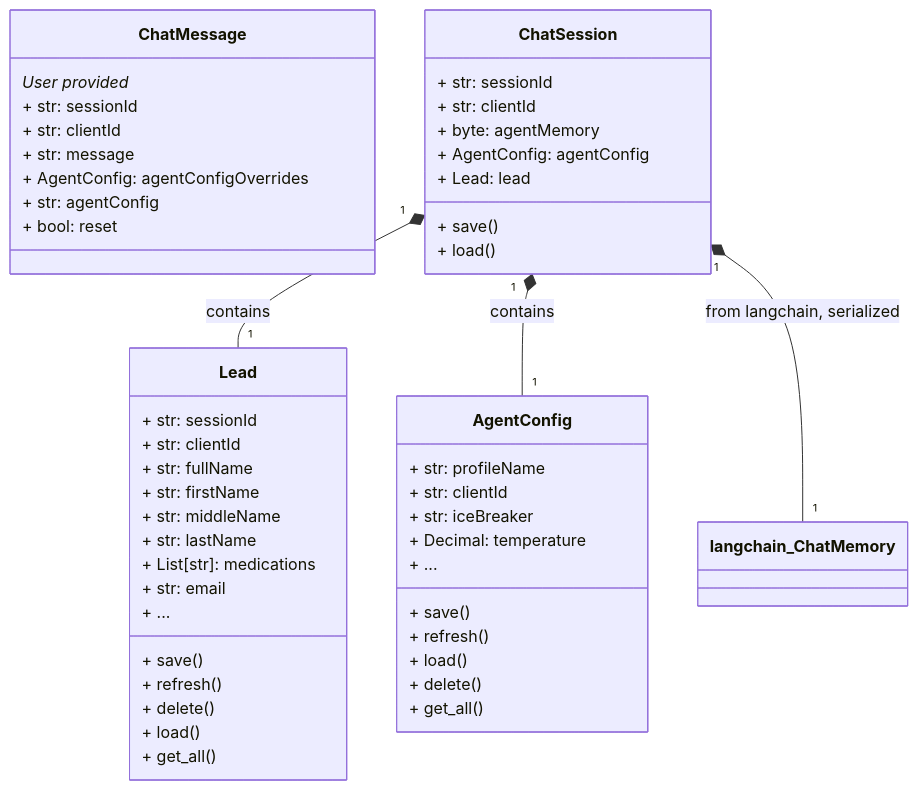
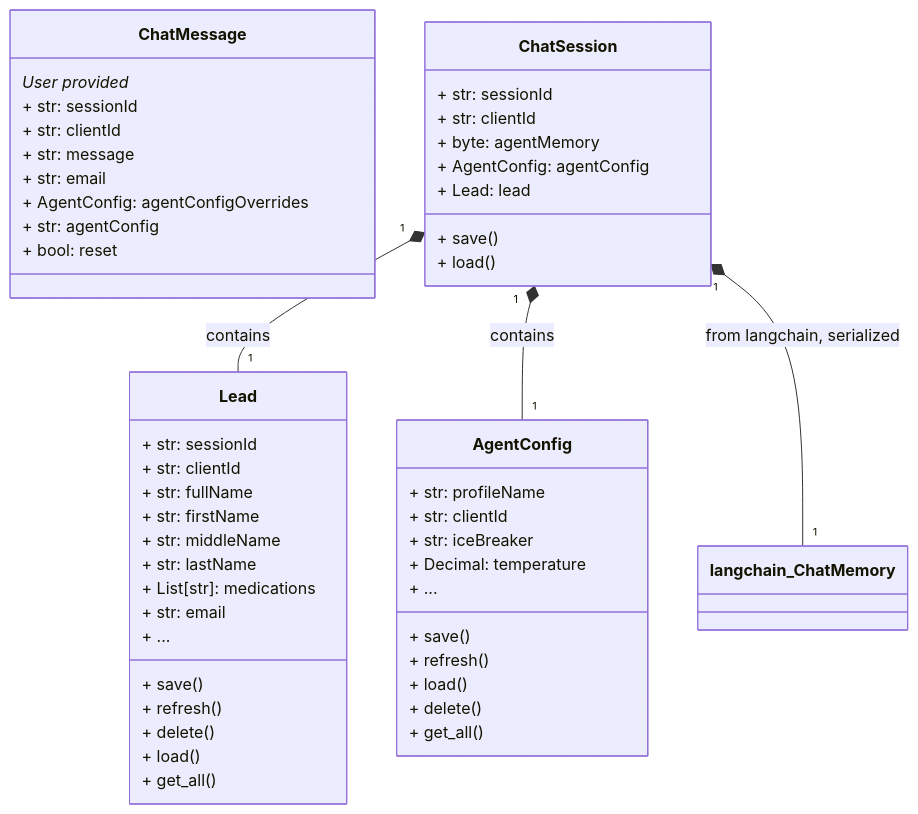
Before and after one commit to svange/openbrain: the first of 3 diagrams in README.md, drawn with Mermaid. The commit also changed other lines of this file, not shown here.

Commit message:
docs: Updated README diagrams and added email field to API descriptions.

````diff
--- a/README.md
+++ b/README.md
@@ -148,58 +148,59 @@
 ```mermaid
 classDiagram
     class ChatMessage {
         User provided*
         + str: sessionId
         + str: clientId
         + str: message
+        + str: email
         + AgentConfig: agentConfigOverrides
         + str: agentConfig
         + bool: reset
     }
 
     class AgentConfig {
         + str: profileName
         + str: clientId
         + str: iceBreaker
         + Decimal: temperature
         + ...
         + save()
         + refresh()
         + load()
         + delete()
         + get_all()
     }
 
     class ChatSession {
         + str: sessionId
         + str: clientId
         + byte: agentMemory
         + AgentConfig: agentConfig
         + Lead: lead
         + save()
         + load()
     }
 
     class Lead {
         + str: sessionId
         + str: clientId
         + str: fullName
         + str: firstName
         + str: middleName
         + str: lastName
         + List[str]: medications
         + str: email
         + ...
         + save()
         + refresh()
         + delete()
         + load()
         + get_all()
     }
 
     ChatSession "1" *-- "1" Lead: contains
     ChatSession "1" *-- "1" AgentConfig: contains
 %%    ChatMessage "1" *-- "1" AgentConfig: contains
 %%    ChatSession "1" *-- "*" ChatMessage: contains
     ChatSession "1" *-- "1" langchain_ChatMemory: from langchain, serialized
 ```
````
